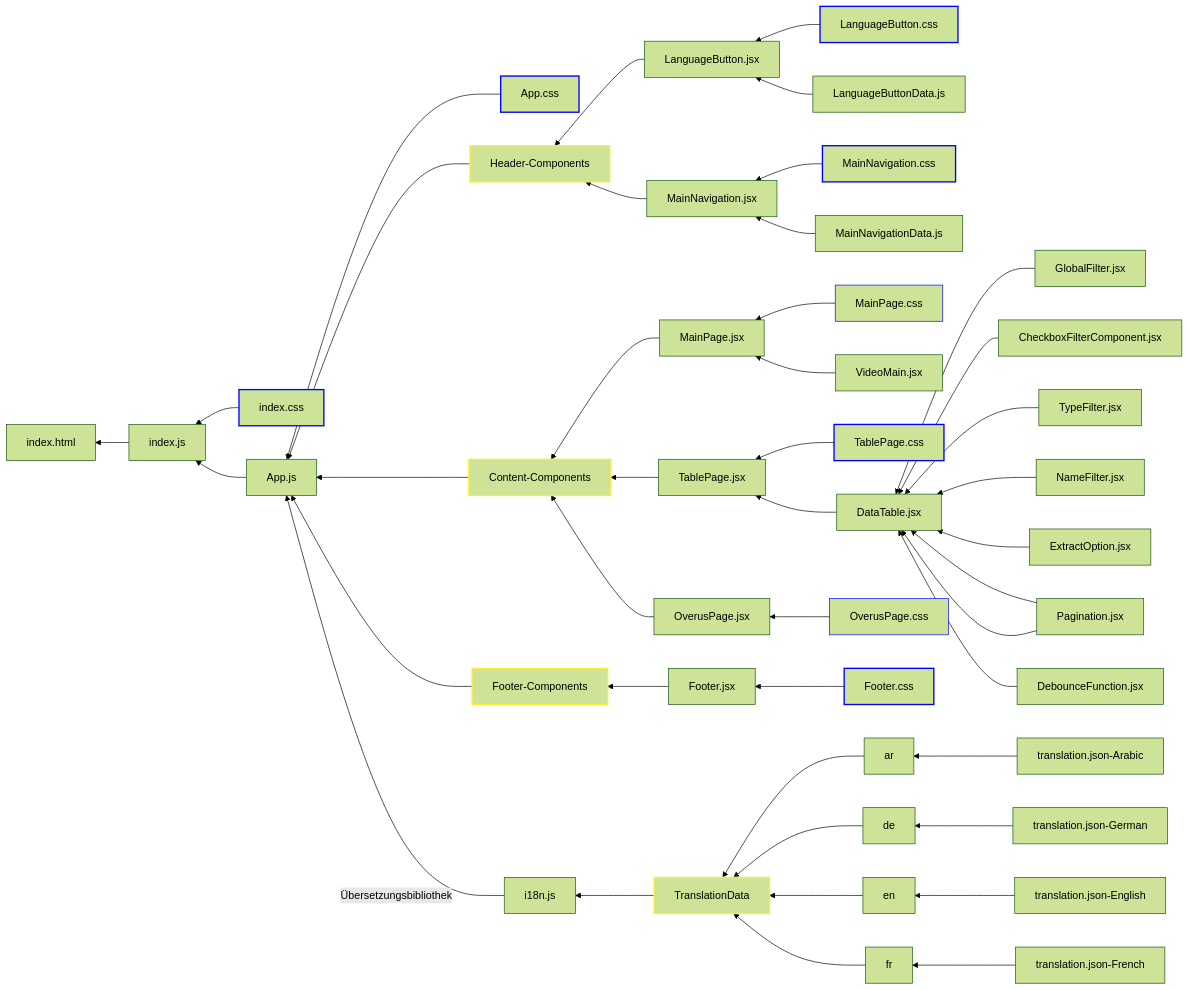
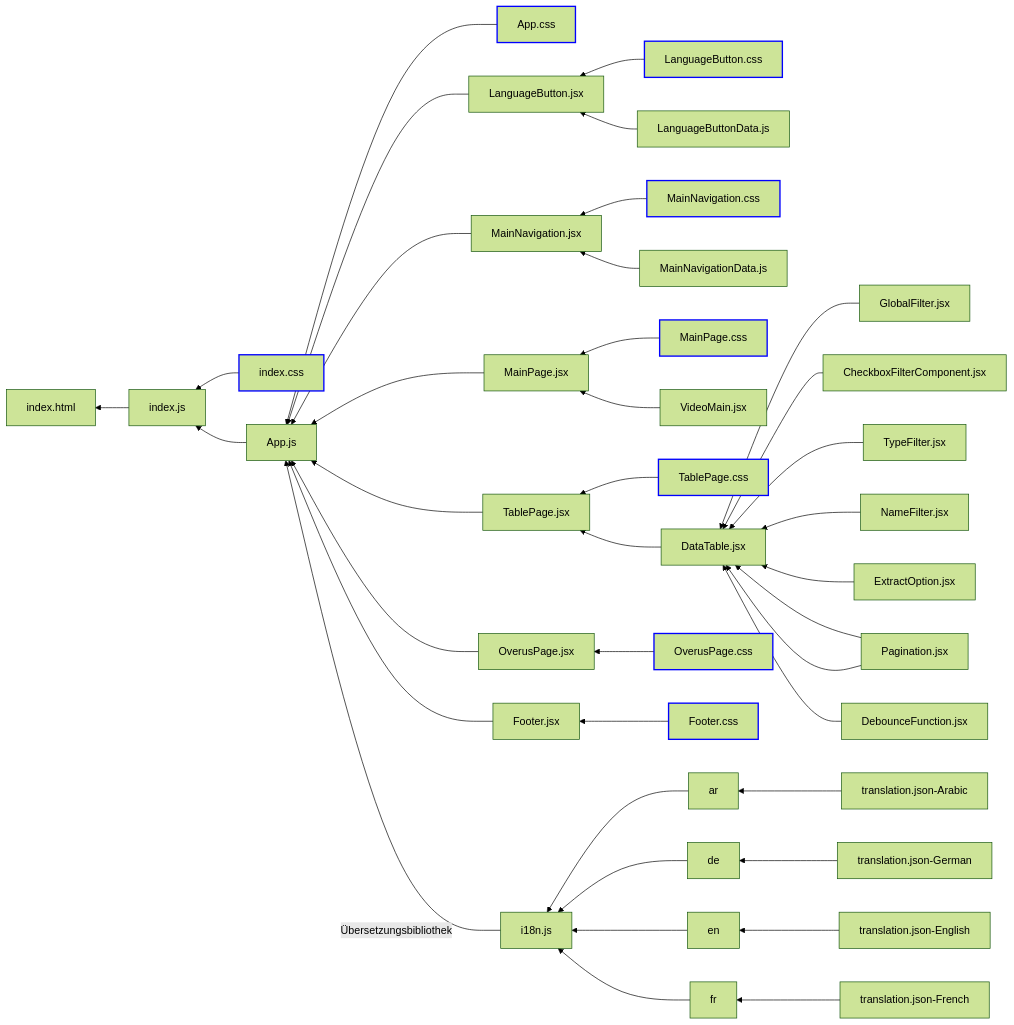
Before and after one commit to FlorianBoehler/IPWA01: the diagram in README.md, drawn with Mermaid (forest theme).

Commit message:
Readme Update

````diff
--- a/README.md
+++ b/README.md
@@ -2,70 +2,63 @@
 ```mermaid
 
 
 graph RL;
     index.js-->index.html;
     index.css-->index.js;
     style index.css stroke:#0000FF,stroke-width:2px
 
     App.js-->index.js;
     App.css-->App.js;
     style App.css stroke:#0000FF,stroke-width:2px
 
-    Header-Components-->App.js;
-    style Header-Components stroke:#ffeb3b,stroke-width:2px
-
-    LanguageButton.jsx-->Header-Components;
+    LanguageButton.jsx-->App.js;
     LanguageButton.css-->LanguageButton.jsx;
     style LanguageButton.css stroke:#0000FF,stroke-width:2px
     LanguageButtonData.js-->LanguageButton.jsx;
 
-    MainNavigation.jsx-->Header-Components;
+    MainNavigation.jsx-->App.js;
     MainNavigation.css-->MainNavigation.jsx;
     style MainNavigation.css stroke:#0000FF,stroke-width:2px
     MainNavigationData.js-->MainNavigation.jsx;
 
-    Content-Components-->App.js;
-    style Content-Components stroke:#ffeb3b,stroke-width:2px
-
-    MainPage.jsx-->Content-Components;
+        MainPage.jsx-->App.js;
     MainPage.css-->MainPage.jsx;
-    style MainPage.css stroke:#0000FF
+    style MainPage.css stroke:#0000FF,stroke-width:2px
     VideoMain.jsx-->MainPage.jsx;
 
-    TablePage.jsx-->Content-Components;
+    TablePage.jsx-->App.js;
     TablePage.css-->TablePage.jsx;
     style TablePage.css stroke:#0000FF,stroke-width:2px
     DataTable.jsx-->TablePage.jsx;
     GlobalFilter.jsx-->DataTable.jsx;
     CheckboxFilterComponent.jsx-->DataTable.jsx;
     TypeFilter.jsx-->DataTable.jsx;
     NameFilter.jsx-->DataTable.jsx;
     ExtractOption.jsx-->DataTable.jsx;
     Pagination.jsx-->DataTable.jsx;
     DebounceFunction.jsx-->DataTable.jsx;;
     Pagination.jsx-->DataTable.jsx;
 
 
-    OverusPage.jsx-->Content-Components;
+    OverusPage.jsx-->App.js;
     OverusPage.css-->OverusPage.jsx;
-    style OverusPage.css stroke:#0000FF
+    style OverusPage.css stroke:#0000FF,stroke-width:2px
 
-    Footer-Components-->App.js;
-    style Footer-Components stroke:#ffeb3b,stroke-width:2px
-    Footer.jsx-->Footer-Components;
+    
+    
+    Footer.jsx-->App.js;
     Footer.css-->Footer.jsx;
     style Footer.css stroke:#0000FF,stroke-width:2px
 
     i18n.js-->|Übersetzungsbibliothek|App.js;
-    TranslationData-->i18n.js;
-    style TranslationData stroke:#ffeb3b,stroke-width:2px
-    ar-->TranslationData;
+   
+    ar-->i18n.js;
     translation.json-Arabic-->ar;
-    de-->TranslationData;
+    de-->i18n.js;
     translation.json-German-->de;
-    en-->TranslationData;
+    en-->i18n.js;
     translation.json-English-->en;
-    fr-->TranslationData;
+    fr-->i18n.js;
     translation.json-French-->fr;
 
 ```
````
